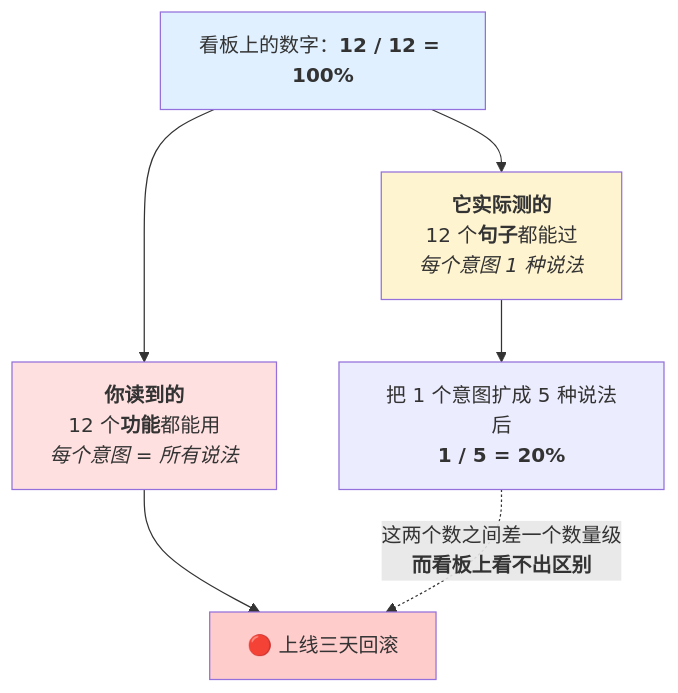
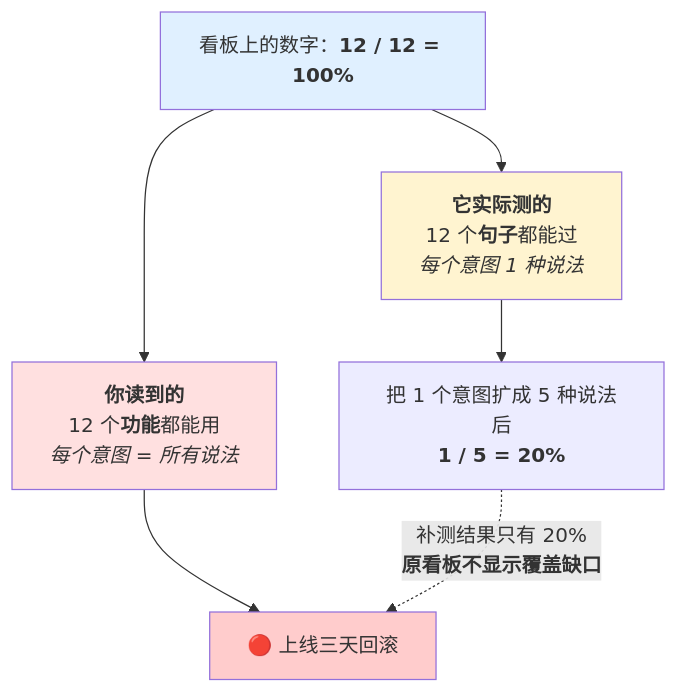
The first of 10 diagrams in handbook/ai-agent/06-评估.md (didadila/ai-agent-handbook), drawn with Mermaid before and after one commit. The commit also changed other lines of this file and 211 other files, not shown here.

````diff
--- a/handbook/ai-agent/06-评估.md
+++ b/handbook/ai-agent/06-评估.md
@@ -79,17 +79,17 @@
 ```mermaid
 flowchart TB
     N["看板上的数字：<b>12 / 12 = 100%</b>"]
 
     N --> A["<b>它实际测的</b><br/>12 个<b>句子</b>都能过<br/><i>每个意图 1 种说法</i>"]
     N --> B["<b>你读到的</b><br/>12 个<b>功能</b>都能用<br/><i>每个意图 = 所有说法</i>"]
 
     A --> A2["把 1 个意图扩成 5 种说法后<br/><b>1 / 5 = 20%</b>"]
     B --> B2["🔴 上线三天回滚"]
 
-    A2 -.->|"这两个数之间差一个数量级<br/><b>而看板上看不出区别</b>"| B2
+    A2 -.->|"补测结果只有 20%<br/><b>原看板不显示覆盖缺口</b>"| B2
 
     style N fill:#e0f0ff
     style A fill:#fff4d0
     style B fill:#ffe0e0
     style B2 fill:#ffcccc
 ```
````
